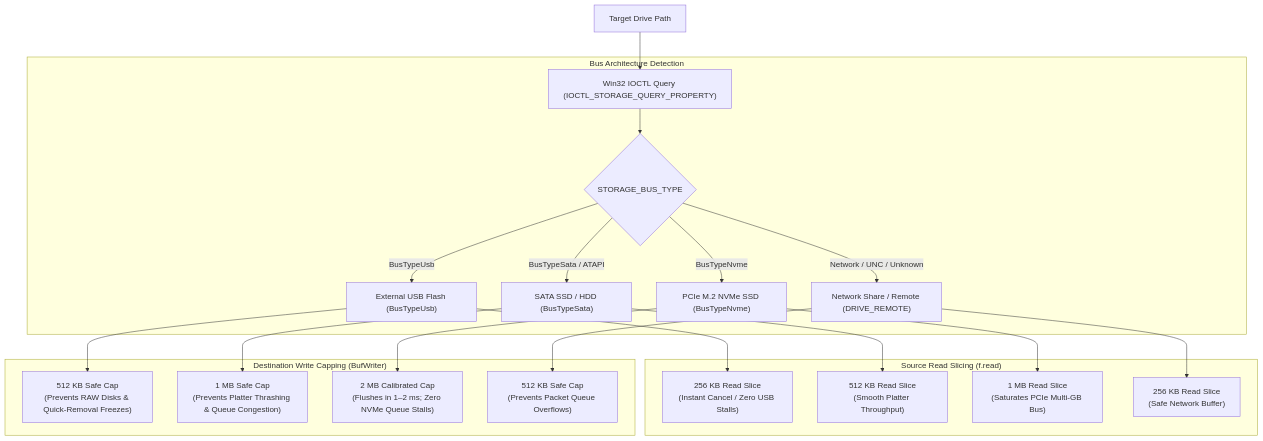
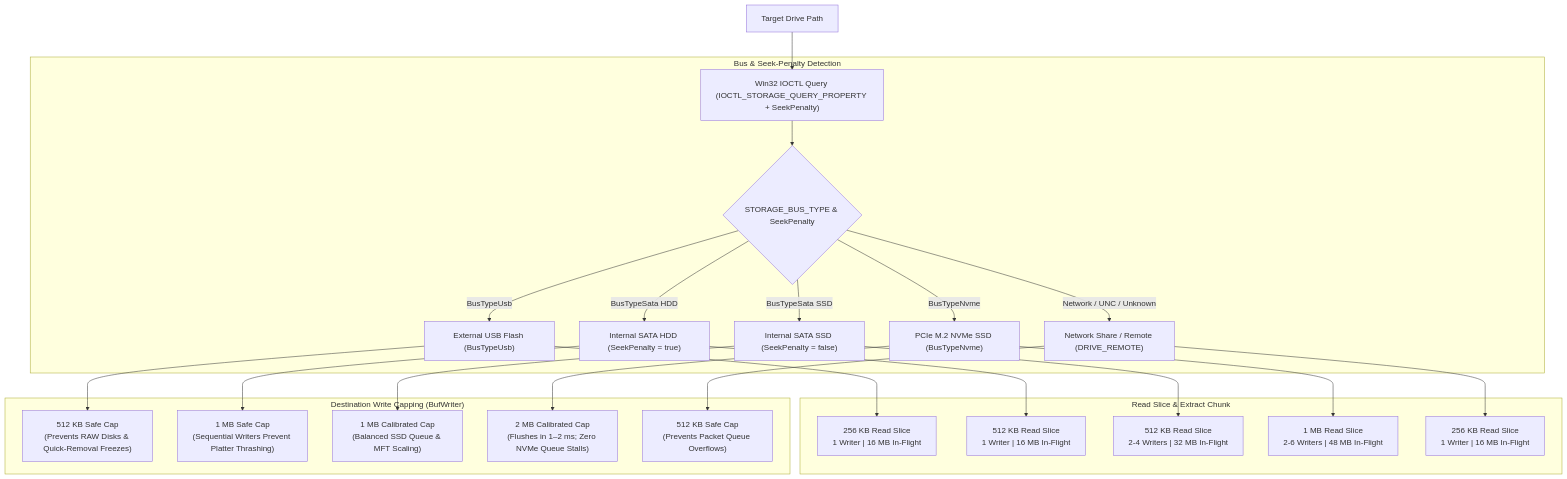
The diagram in README.md (Baymax005/Bayzip), drawn with Mermaid before and after one commit. The commit also changed other lines of this file and 6 other files, not shown here.

````diff
--- a/README.md
+++ b/README.md
@@ -106,26 +133,29 @@
 ```mermaid
 flowchart TD
-    Drive[Target Drive Path] --> Query["Win32 IOCTL Query (IOCTL_STORAGE_QUERY_PROPERTY)"]
+    Drive[Target Drive Path] --> Query["Win32 IOCTL Query (IOCTL_STORAGE_QUERY_PROPERTY + SeekPenalty)"]
     
-    subgraph Bus Detection ["Bus Architecture Detection"]
-        Query --> Detect{STORAGE_BUS_TYPE}
+    subgraph Bus Detection ["Bus & Seek-Penalty Detection"]
+        Query --> Detect{STORAGE_BUS_TYPE & SeekPenalty}
         Detect -->|BusTypeUsb| USB["External USB Flash (BusTypeUsb)"]
-        Detect -->|BusTypeSata / ATAPI| SATA["SATA SSD / HDD (BusTypeSata)"]
+        Detect -->|BusTypeSata HDD| SATA_HDD["Internal SATA HDD (SeekPenalty = true)"]
+        Detect -->|BusTypeSata SSD| SATA_SSD["Internal SATA SSD (SeekPenalty = false)"]
         Detect -->|BusTypeNvme| NVME["PCIe M.2 NVMe SSD (BusTypeNvme)"]
         Detect -->|Network / UNC / Unknown| NET["Network Share / Remote (DRIVE_REMOTE)"]
     end
 
-    subgraph Read Slicing ["Source Read Slicing (f.read)"]
-        USB --> R_USB["256 KB Read Slice<br/>(Instant Cancel / Zero USB Stalls)"]
-        SATA --> R_SATA["512 KB Read Slice<br/>(Smooth Platter Throughput)"]
-        NVME --> R_NVME["1 MB Read Slice<br/>(Saturates PCIe Multi-GB Bus)"]
-        NET --> R_NET["256 KB Read Slice<br/>(Safe Network Buffer)"]
+    subgraph Read Slicing ["Read Slice & Extract Chunk"]
+        USB --> R_USB["256 KB Read Slice<br/>1 Writer | 16 MB In-Flight"]
+        SATA_HDD --> R_HDD["512 KB Read Slice<br/>1 Writer | 16 MB In-Flight"]
+        SATA_SSD --> R_SSD["512 KB Read Slice<br/>2-4 Writers | 32 MB In-Flight"]
+        NVME --> R_NVME["1 MB Read Slice<br/>2-6 Writers | 48 MB In-Flight"]
+        NET --> R_NET["256 KB Read Slice<br/>1 Writer | 16 MB In-Flight"]
     end
 
     subgraph Safe Buffer Capping ["Destination Write Capping (BufWriter)"]
         USB --> W_USB["512 KB Safe Cap<br/>(Prevents RAW Disks & Quick-Removal Freezes)"]
-        SATA --> W_SATA["1 MB Safe Cap<br/>(Prevents Platter Thrashing & Queue Congestion)"]
+        SATA_HDD --> W_HDD["1 MB Safe Cap<br/>(Sequential Writers Prevent Platter Thrashing)"]
+        SATA_SSD --> W_SSD["1 MB Calibrated Cap<br/>(Balanced SSD Queue & MFT Scaling)"]
         NVME --> W_NVME["2 MB Calibrated Cap<br/>(Flushes in 1–2 ms; Zero NVMe Queue Stalls)"]
         NET --> W_NET["512 KB Safe Cap<br/>(Prevents Packet Queue Overflows)"]
     end
 ```
````
